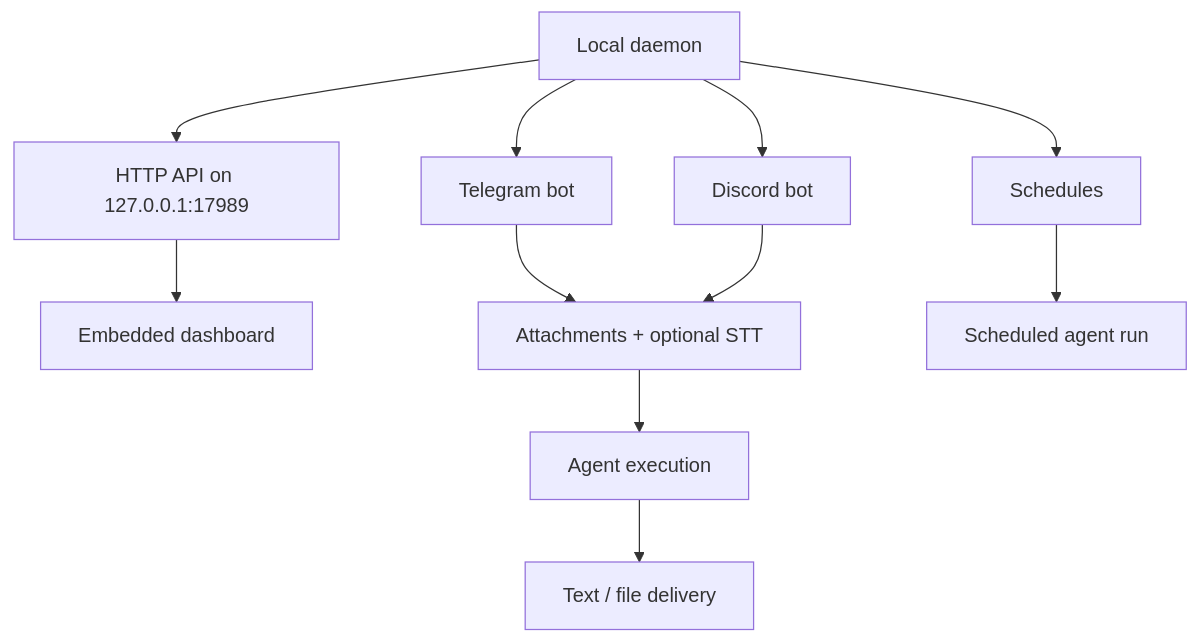
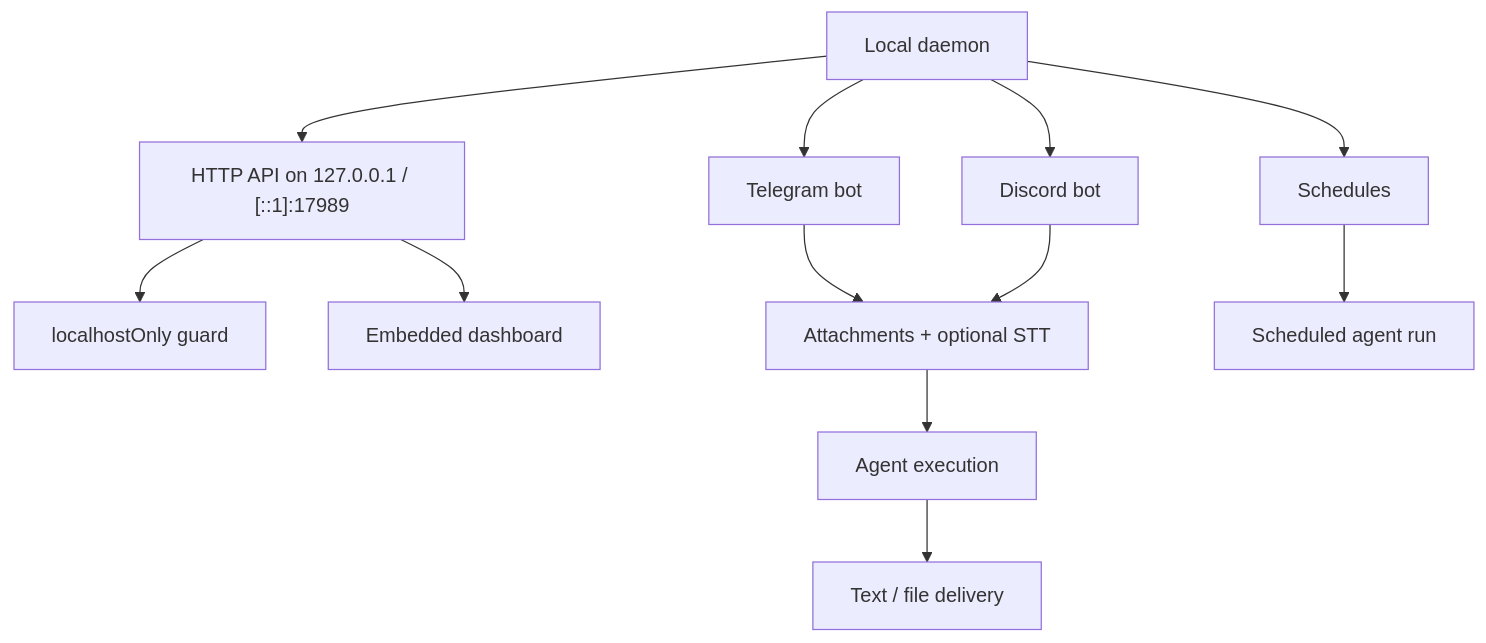
One commit to agenvoy/Agenvoy changed the sixth of 9 diagrams in doc/architecture.md. Above: the diagram before and after it, drawn with Mermaid. The commit also changed other lines of this file and 3 other files, not shown here.

Commit message:
doc: Update architecture and runtime documentation

````diff
--- a/doc/architecture.md
+++ b/doc/architecture.md
@@ -114,13 +118,14 @@
 ```mermaid
 graph TB
-    Daemon[Local daemon] --> API[HTTP API on 127.0.0.1:17989]
+    Daemon[Local daemon] --> API["HTTP API on 127.0.0.1 / [::1]:17989"]
+    API --> Guard[localhostOnly guard]
     API --> Dashboard[Embedded dashboard]
     Daemon --> Scheduler[Schedules]
     Daemon --> Telegram[Telegram bot]
     Daemon --> Discord[Discord bot]
     Telegram --> Attachment[Attachments + optional STT]
     Discord --> Attachment
     Attachment --> ChannelRun[Agent execution]
     ChannelRun --> Delivery[Text / file delivery]
     Scheduler --> ScheduledRun[Scheduled agent run]
 ```
````
